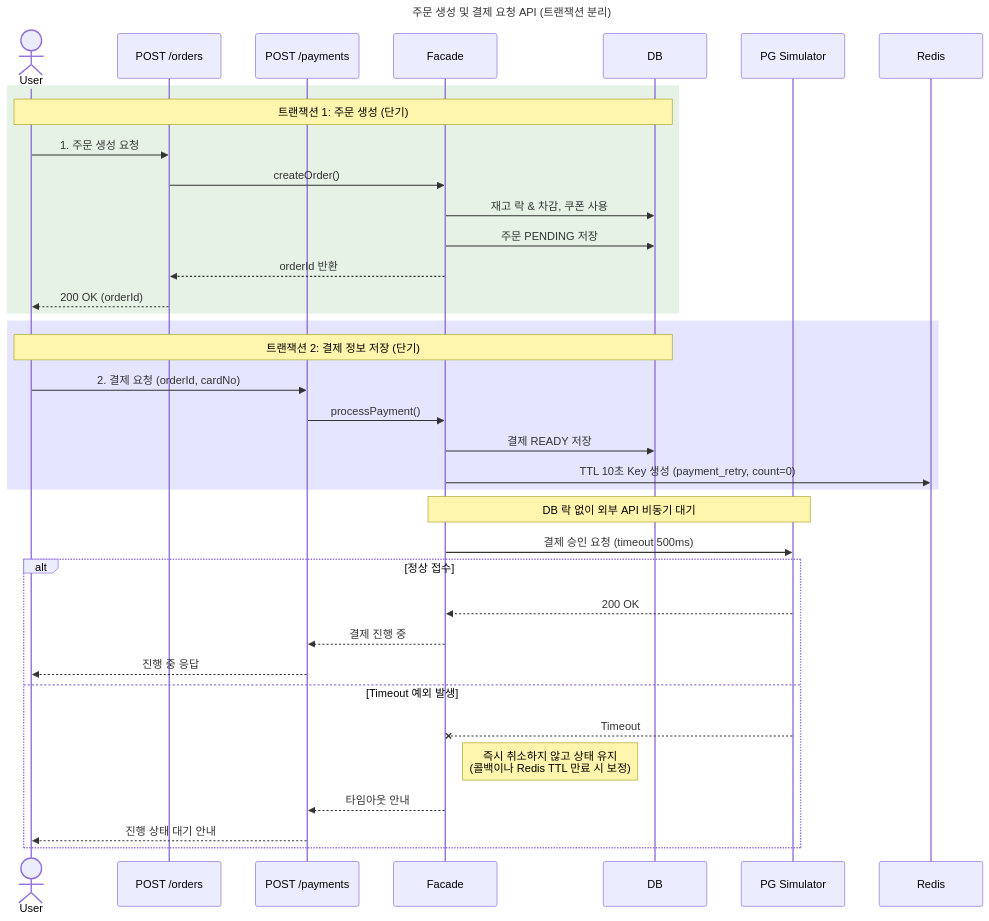
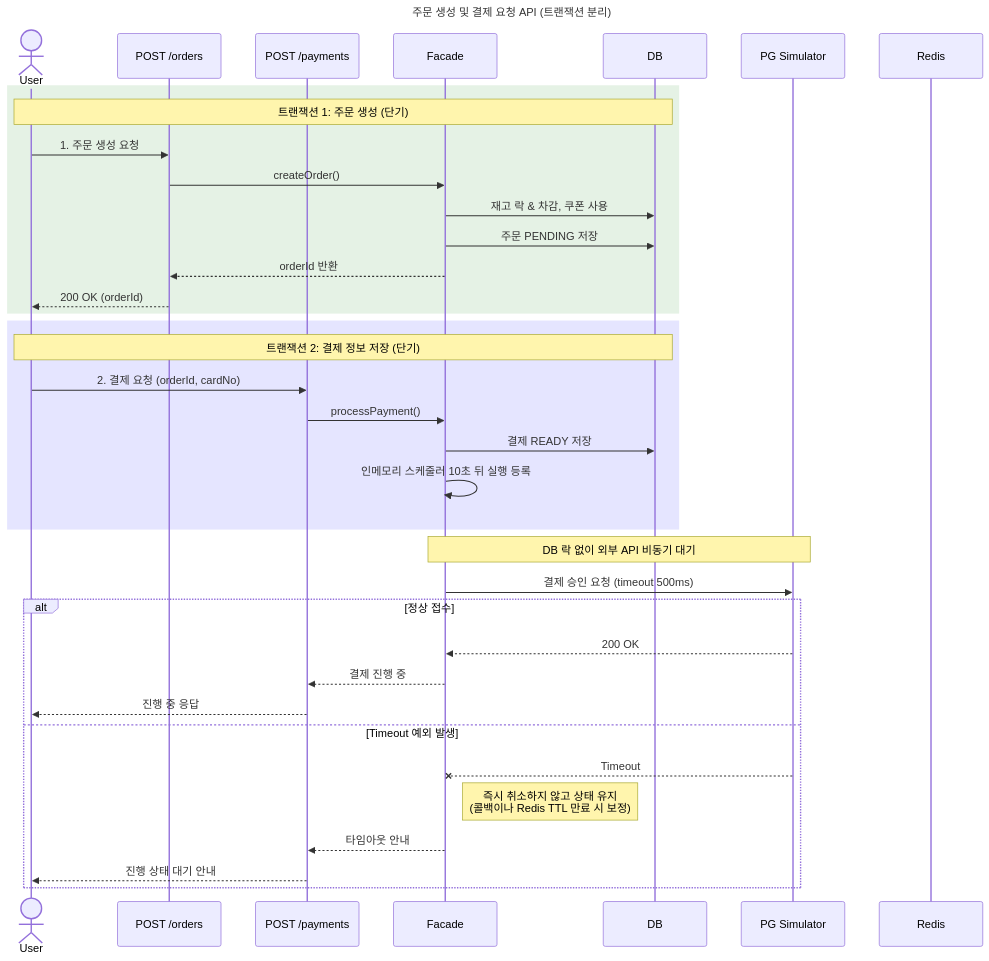
One commit to eelseungmin/loop-pack-be-l2-vol4-java changed the first of 12 diagrams in docs/week2/02-sequence-diagrams.md. Above: the diagram before and after it, drawn with Mermaid. The commit also changed other lines of this file and 4 other files, not shown here.

````diff
--- a/docs/week2/02-sequence-diagrams.md
+++ b/docs/week2/02-sequence-diagrams.md
@@ -1,45 +1,45 @@
 ```mermaid
 sequenceDiagram
     title 주문 생성 및 결제 요청 API (트랜잭션 분리)
     actor User
     participant OrderAPI as POST /orders
     participant PaymentAPI as POST /payments
     participant Facade as Facade
     participant DB
     participant PG as PG Simulator
     participant Redis
 
     %% 1단계: 주문 생성
     rect rgba(0, 128, 0, 0.1)
         Note over User, DB: 트랜잭션 1: 주문 생성 (단기)
         User->>OrderAPI: 1. 주문 생성 요청
         OrderAPI->>Facade: createOrder()
         Facade->>DB: 재고 락 & 차감, 쿠폰 사용
         Facade->>DB: 주문 PENDING 저장
         Facade-->>OrderAPI: orderId 반환
         OrderAPI-->>User: 200 OK (orderId)
     end
 
     %% 2단계: 결제 요청
     rect rgba(0, 0, 255, 0.1)
         Note over User, DB: 트랜잭션 2: 결제 정보 저장 (단기)
         User->>PaymentAPI: 2. 결제 요청 (orderId, cardNo)
         PaymentAPI->>Facade: processPayment()
         Facade->>DB: 결제 READY 저장
-        Facade->>Redis: TTL 10초 Key 생성 (payment_retry, count=0)
+        Facade->>Facade: 인메모리 스케줄러 10초 뒤 실행 등록
     end
     
     Note over Facade, PG: DB 락 없이 외부 API 비동기 대기
     Facade->>PG: 결제 승인 요청 (timeout 500ms)
     
     alt 정상 접수
         PG-->>Facade: 200 OK
         Facade-->>PaymentAPI: 결제 진행 중
         PaymentAPI-->>User: 진행 중 응답
     else Timeout 예외 발생
         PG--xFacade: Timeout
         Note right of Facade: 즉시 취소하지 않고 상태 유지<br>(콜백이나 Redis TTL 만료 시 보정)
         Facade-->>PaymentAPI: 타임아웃 안내
         PaymentAPI-->>User: 진행 상태 대기 안내
     end
 ```
````
